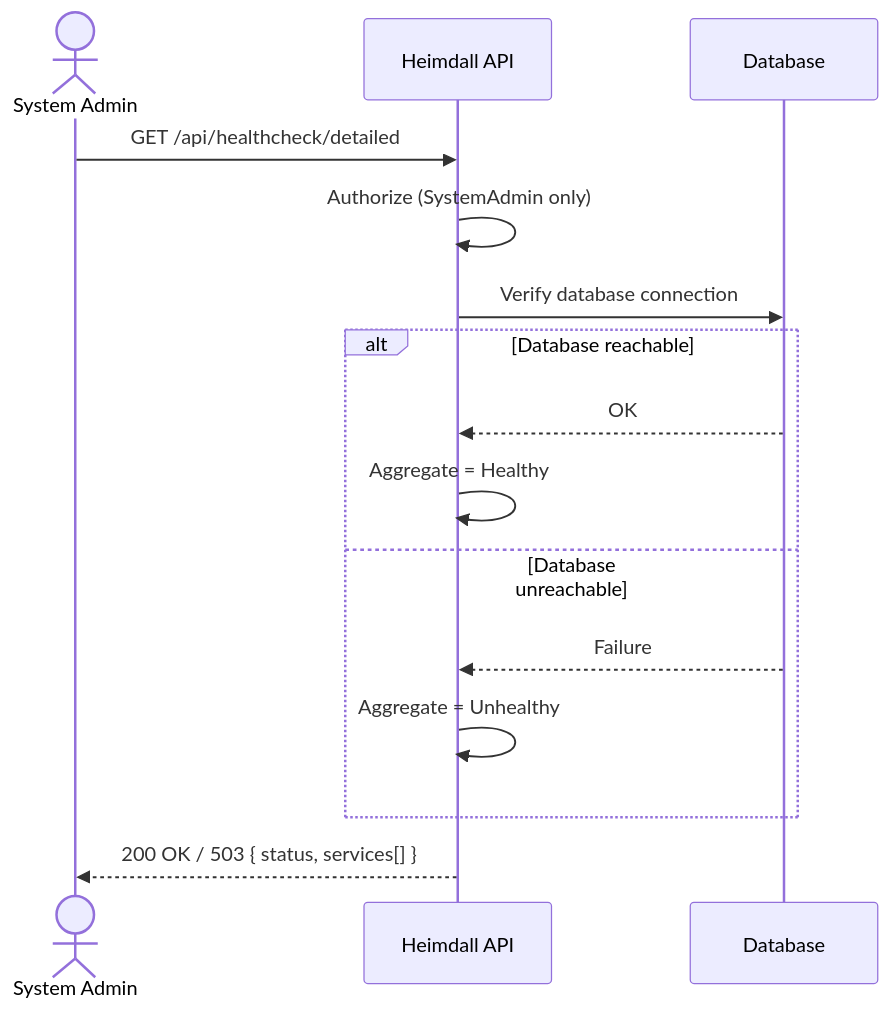
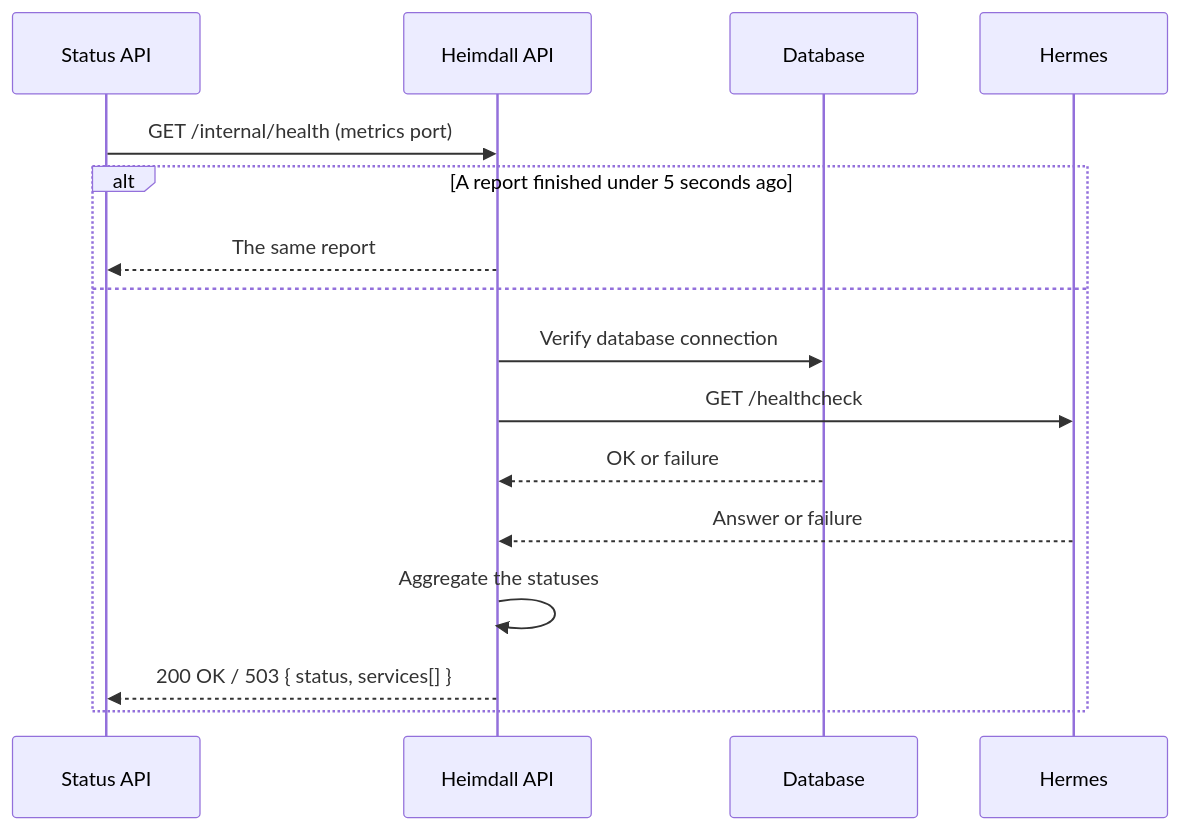
One commit to artur-rios/heimdall-api changed the second of 2 diagrams in docs/requirements/Operations & Infrastructure Document.md. Above: the diagram before and after it, drawn with Mermaid. The commit also changed other lines of this file and 25 other files, not shown here.

Commit message:
feat: internal detailed health, remove the admin route

````diff
--- a/docs/requirements/Operations & Infrastructure Document.md
+++ b/docs/requirements/Operations & Infrastructure Document.md
@@ -388,18 +407,19 @@
 ```mermaid
 sequenceDiagram
-    actor SA as System Admin
+    participant SA as Status API
     participant API as Heimdall API
     participant DB as Database
+    participant H as Hermes
 
-    SA->>API: GET /api/healthcheck/detailed
-    API->>API: Authorize (SystemAdmin only)
-    API->>DB: Verify database connection
-    alt Database reachable
-        DB-->>API: OK
-        API->>API: Aggregate = Healthy
-    else Database unreachable
-        DB-->>API: Failure
-        API->>API: Aggregate = Unhealthy
+    SA->>API: GET /internal/health (metrics port)
+    alt A report finished under 5 seconds ago
+        API-->>SA: The same report
+    else
+        API->>DB: Verify database connection
+        API->>H: GET /healthcheck
+        DB-->>API: OK or failure
+        H-->>API: Answer or failure
+        API->>API: Aggregate the statuses
+        API-->>SA: 200 OK / 503 { status, services[] }
     end
-    API-->>SA: 200 OK / 503 { status, services[] }
 ```
````
